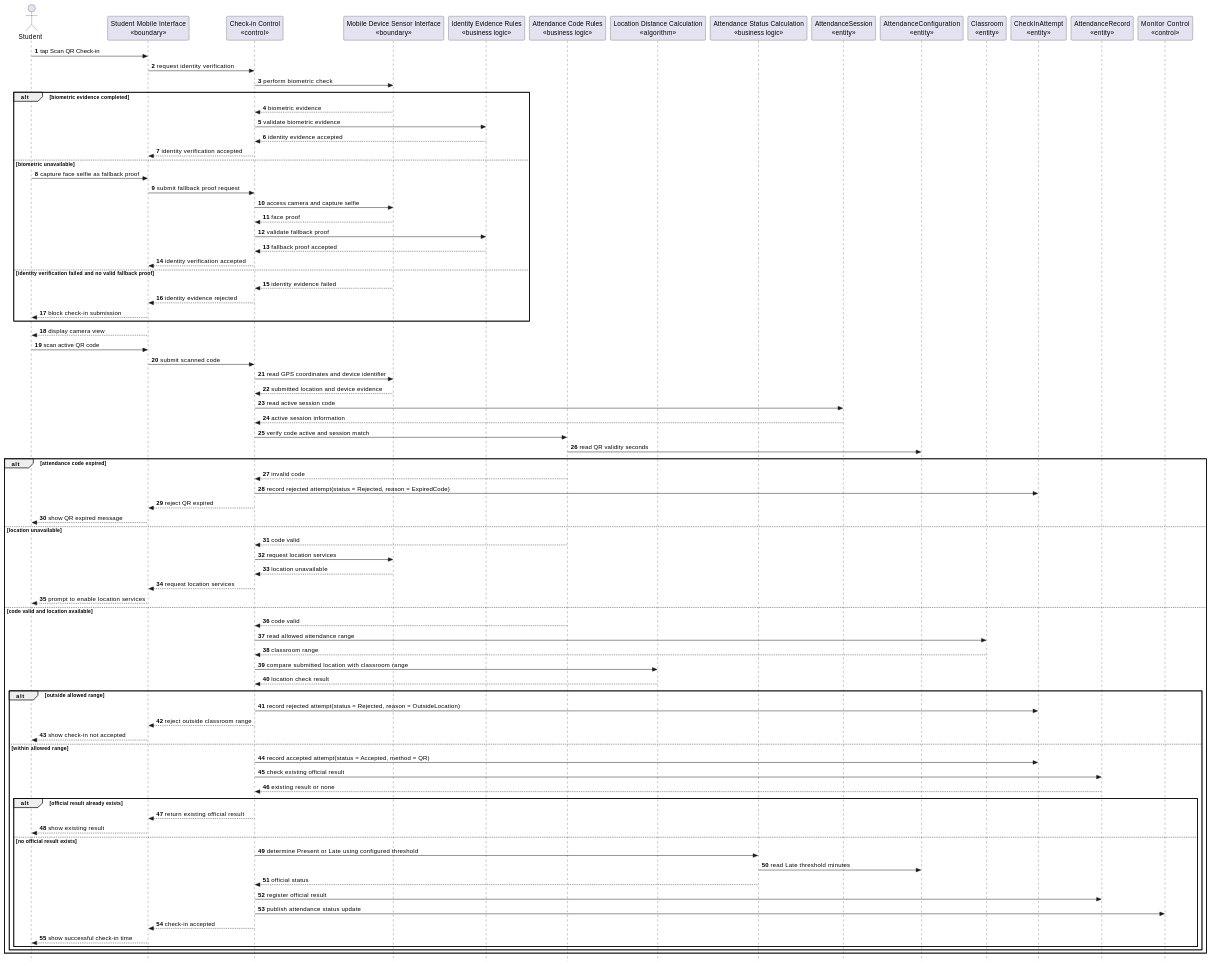
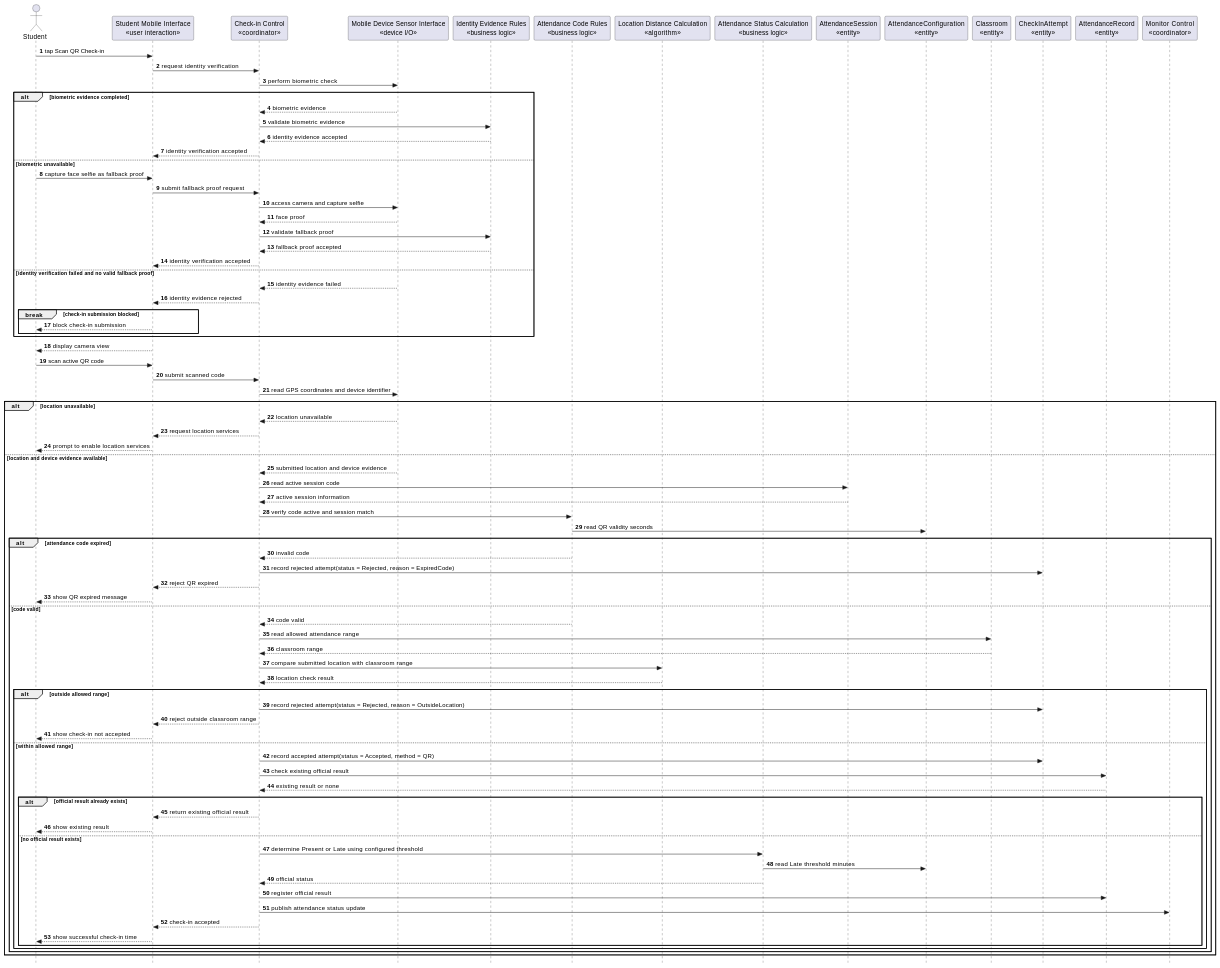
Before and after one commit to nttung42/SWD392: the ninth of 29 diagrams in docs/sds/2_Analysis.md, drawn with PlantUML. The commit also changed other lines of this file and 1 other file, not shown here.

```diff
--- a/docs/sds/2_Analysis.md
+++ b/docs/sds/2_Analysis.md
@@ -382,9 +421,9 @@
 skinparam style strictuml
 autonumber
 actor "Student" as Student
-participant "Student Mobile Interface\n«boundary»" as StudentUI
-participant "Check-in Control\n«control»" as CheckInControl
-participant "Mobile Device Sensor Interface\n«boundary»" as MobileSensor
+participant "Student Mobile Interface\n«user interaction»" as StudentUI
+participant "Check-in Control\n«coordinator»" as CheckInControl
+participant "Mobile Device Sensor Interface\n«device I/O»" as MobileSensor
 participant "Identity Evidence Rules\n«business logic»" as IdentityRules
 participant "Attendance Code Rules\n«business logic»" as CodeRules
 participant "Location Distance Calculation\n«algorithm»" as DistanceCalc
@@ -394,7 +433,7 @@
 participant "Classroom\n«entity»" as Classroom
 participant "CheckInAttempt\n«entity»" as CheckInAttempt
 participant "AttendanceRecord\n«entity»" as AttendanceRecord
-participant "Monitor Control\n«control»" as MonitorControl
+participant "Monitor Control\n«coordinator»" as MonitorControl
 
 Student -> StudentUI : tap Scan QR Check-in
 StudentUI -> CheckInControl : request identity verification
@@ -416,56 +455,58 @@
 else identity verification failed and no valid fallback proof
   MobileSensor --> CheckInControl : identity evidence failed
   CheckInControl --> StudentUI : identity evidence rejected
-  StudentUI --> Student : block check-in submission
+  break check-in submission blocked
+    StudentUI --> Student : block check-in submission
+  end
 end
 
 StudentUI --> Student : display camera view
 Student -> StudentUI : scan active QR code
 StudentUI -> CheckInControl : submit scanned code
 CheckInControl -> MobileSensor : read GPS coordinates and device identifier
-MobileSensor --> CheckInControl : submitted location and device evidence
-CheckInControl -> AttendanceSession : read active session code
-AttendanceSession --> CheckInControl : active session information
-CheckInControl -> CodeRules : verify code active and session match
-CodeRules -> AttendanceConfig : read QR validity seconds
-
-alt attendance code expired
-  CodeRules --> CheckInControl : invalid code
-  CheckInControl -> CheckInAttempt : record rejected attempt(status = Rejected, reason = ExpiredCode)
-  CheckInControl --> StudentUI : reject QR expired
-  StudentUI --> Student : show QR expired message
-else location unavailable
-  CodeRules --> CheckInControl : code valid
-  CheckInControl -> MobileSensor : request location services
+alt location unavailable
   MobileSensor --> CheckInControl : location unavailable
   CheckInControl --> StudentUI : request location services
   StudentUI --> Student : prompt to enable location services
-else code valid and location available
-  CodeRules --> CheckInControl : code valid
-  CheckInControl -> Classroom : read allowed attendance range
-  Classroom --> CheckInControl : classroom range
-  CheckInControl -> DistanceCalc : compare submitted location with classroom range
-  DistanceCalc --> CheckInControl : location check result
+else location and device evidence available
+  MobileSensor --> CheckInControl : submitted location and device evidence
+  CheckInControl -> AttendanceSession : read active session code
+  AttendanceSession --> CheckInControl : active session information
+  CheckInControl -> CodeRules : verify code active and session match
+  CodeRules -> AttendanceConfig : read QR validity seconds
 
-  alt outside allowed range
-    CheckInControl -> CheckInAttempt : record rejected attempt(status = Rejected, reason = OutsideLocation)
-    CheckInControl --> StudentUI : reject outside classroom range
-    StudentUI --> Student : show check-in not accepted
-  else within allowed range
-    CheckInControl -> CheckInAttempt : record accepted attempt(status = Accepted, method = QR)
-    CheckInControl -> AttendanceRecord : check existing official result
-    AttendanceRecord --> CheckInControl : existing result or none
-    alt official result already exists
-      CheckInControl --> StudentUI : return existing official result
-      StudentUI --> Student : show existing result
-    else no official result exists
-      CheckInControl -> StatusRules : determine Present or Late using configured threshold
-      StatusRules -> AttendanceConfig : read Late threshold minutes
-      StatusRules --> CheckInControl : official status
-      CheckInControl -> AttendanceRecord : register official result
-      CheckInControl -> MonitorControl : publish attendance status update
-      CheckInControl --> StudentUI : check-in accepted
-      StudentUI --> Student : show successful check-in time
+  alt attendance code expired
+    CodeRules --> CheckInControl : invalid code
+    CheckInControl -> CheckInAttempt : record rejected attempt(status = Rejected, reason = ExpiredCode)
+    CheckInControl --> StudentUI : reject QR expired
+    StudentUI --> Student : show QR expired message
+  else code valid
+    CodeRules --> CheckInControl : code valid
+    CheckInControl -> Classroom : read allowed attendance range
+    Classroom --> CheckInControl : classroom range
+    CheckInControl -> DistanceCalc : compare submitted location with classroom range
+    DistanceCalc --> CheckInControl : location check result
+
+    alt outside allowed range
+      CheckInControl -> CheckInAttempt : record rejected attempt(status = Rejected, reason = OutsideLocation)
+      CheckInControl --> StudentUI : reject outside classroom range
+      StudentUI --> Student : show check-in not accepted
+    else within allowed range
+      CheckInControl -> CheckInAttempt : record accepted attempt(status = Accepted, method = QR)
+      CheckInControl -> AttendanceRecord : check existing official result
+      AttendanceRecord --> CheckInControl : existing result or none
+      alt official result already exists
+        CheckInControl --> StudentUI : return existing official result
+        StudentUI --> Student : show existing result
+      else no official result exists
+        CheckInControl -> StatusRules : determine Present or Late using configured threshold
+        StatusRules -> AttendanceConfig : read Late threshold minutes
+        StatusRules --> CheckInControl : official status
+        CheckInControl -> AttendanceRecord : register official result
+        CheckInControl -> MonitorControl : publish attendance status update
+        CheckInControl --> StudentUI : check-in accepted
+        StudentUI --> Student : show successful check-in time
+      end
     end
   end
 end
```
